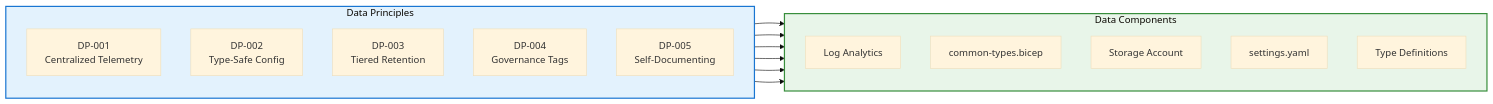
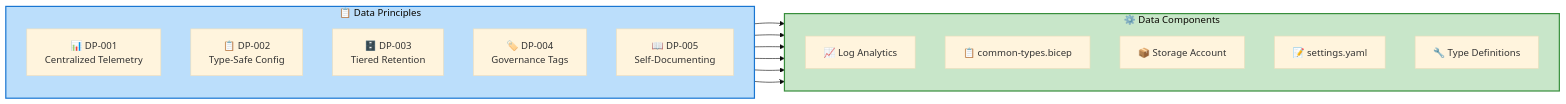
Before and after one commit to Evilazaro/APIM-Accelerator: the fifth of 10 diagrams in docs/architecture/Data_Architecture_Document.md, drawn with Mermaid (base theme). The commit also changed other lines of this file and 1 other file, not shown here.

Commit message:
Enhance Data Architecture Document with improved flowcharts and semantic icons for better clarity and visual appeal

````diff
--- a/docs/architecture/Data_Architecture_Document.md
+++ b/docs/architecture/Data_Architecture_Document.md
@@ -264,31 +279,34 @@
 ```mermaid
 %%{init: {"flowchart": {"htmlLabels": false}} }%%
+%% ============================================
+%% COLOR SCHEME: Semantic (principles=blue, components=green)
+%% ============================================
 flowchart LR
-    subgraph principles["Data Principles"]
+    subgraph principles["📋 Data Principles"]
         direction TB
-        P1["DP-001<br/>Centralized Telemetry"]
-        P2["DP-002<br/>Type-Safe Config"]
-        P3["DP-003<br/>Tiered Retention"]
-        P4["DP-004<br/>Governance Tags"]
-        P5["DP-005<br/>Self-Documenting"]
+        P1["📊 DP-001<br/>Centralized Telemetry"]
+        P2["📋 DP-002<br/>Type-Safe Config"]
+        P3["🗄️ DP-003<br/>Tiered Retention"]
+        P4["🏷️ DP-004<br/>Governance Tags"]
+        P5["📖 DP-005<br/>Self-Documenting"]
     end
 
-    subgraph components["Data Components"]
+    subgraph components["⚙️ Data Components"]
         direction TB
-        C1["Log Analytics"]
-        C2["common-types.bicep"]
-        C3["Storage Account"]
-        C4["settings.yaml"]
-        C5["Type Definitions"]
+        C1["📈 Log Analytics"]
+        C2["📋 common-types.bicep"]
+        C3["📦 Storage Account"]
+        C4["📝 settings.yaml"]
+        C5["🔧 Type Definitions"]
     end
 
     P1 --> C1
     P2 --> C2
     P3 --> C3
     P3 --> C1
     P4 --> C4
     P5 --> C5
 
-    style principles fill:#E3F2FD,stroke:#1976D2,stroke-width:2px
-    style components fill:#E8F5E9,stroke:#388E3C,stroke-width:2px
+    style principles fill:#BBDEFB,stroke:#1976D2,stroke-width:2px
+    style components fill:#C8E6C9,stroke:#388E3C,stroke-width:2px
 ```
````
